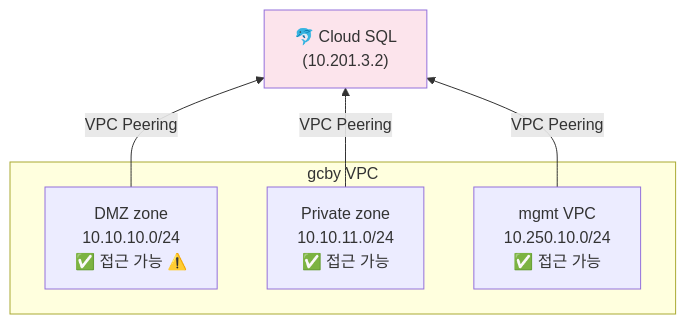
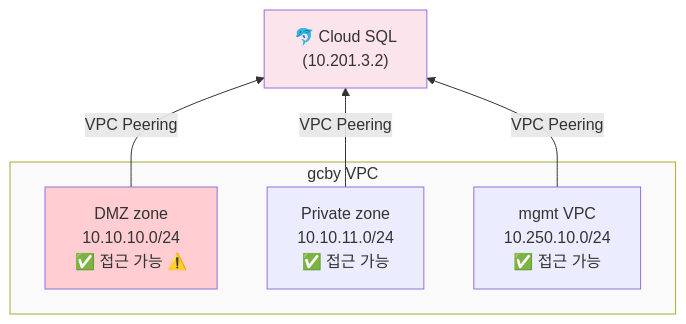
Before and after one commit to JSJ2337/GCP_terraform_code: the fifth of 9 diagrams in terraform_gcp_infra/docs/architecture/network-design.md, drawn with Mermaid. The commit also changed other lines of this file and 4 other files, not shown here.

First line of the commit message:
fix: Mermaid style 라인 분리로 텍스트 겹침 문제 해결

````diff
--- a/terraform_gcp_infra/docs/architecture/network-design.md
+++ b/terraform_gcp_infra/docs/architecture/network-design.md
@@ -579,18 +593,19 @@
 ```mermaid
 %%{init: {'theme': 'default'}}%%
 flowchart BT
     SQL_BEFORE["🐬 Cloud SQL<br/>(10.201.3.2)"]
 
     subgraph VPC_BEFORE["gcby VPC"]
         DMZ_B["DMZ zone<br/>10.10.10.0/24<br/>✅ 접근 가능 ⚠️"]
         PRIV_B["Private zone<br/>10.10.11.0/24<br/>✅ 접근 가능"]
         MGMT_B["mgmt VPC<br/>10.250.10.0/24<br/>✅ 접근 가능"]
     end
 
     DMZ_B -->|VPC Peering| SQL_BEFORE
     PRIV_B -->|VPC Peering| SQL_BEFORE
     MGMT_B -->|VPC Peering| SQL_BEFORE
 
-    style VPC_BEFORE fill:#fafafa    style DMZ_B fill:#ffcdd2
+    style VPC_BEFORE fill:#fafafa
+    style DMZ_B fill:#ffcdd2
     style SQL_BEFORE fill:#fce4ec
 ```
````
